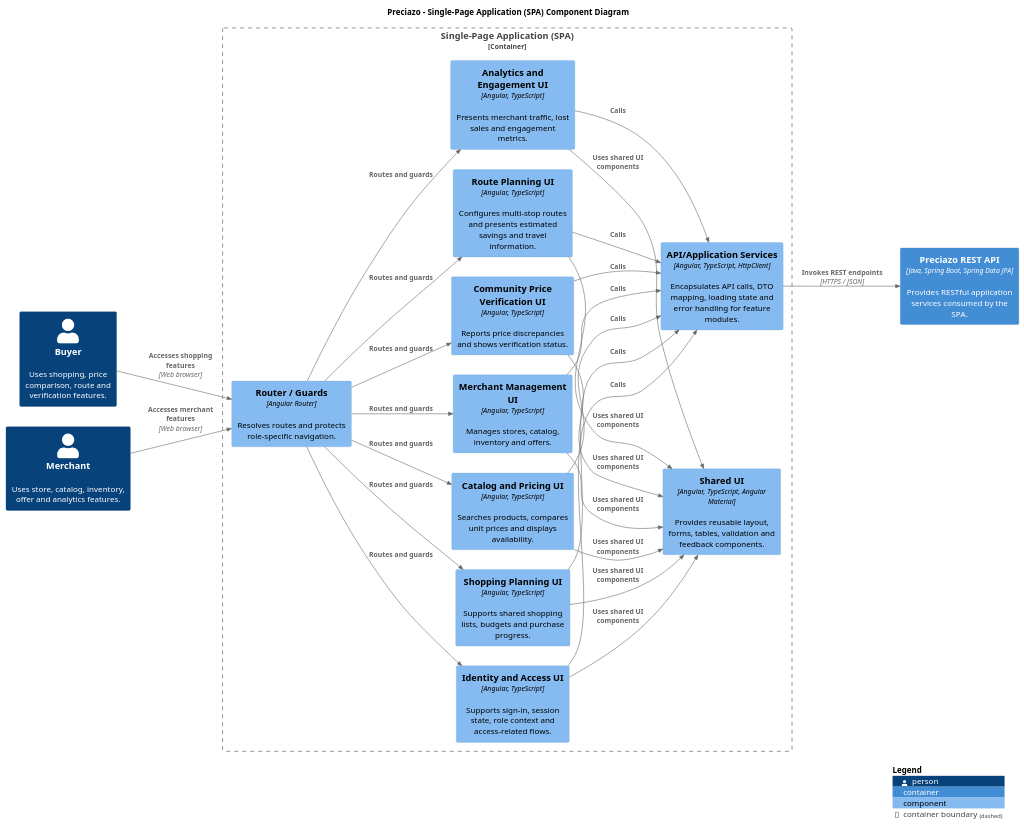
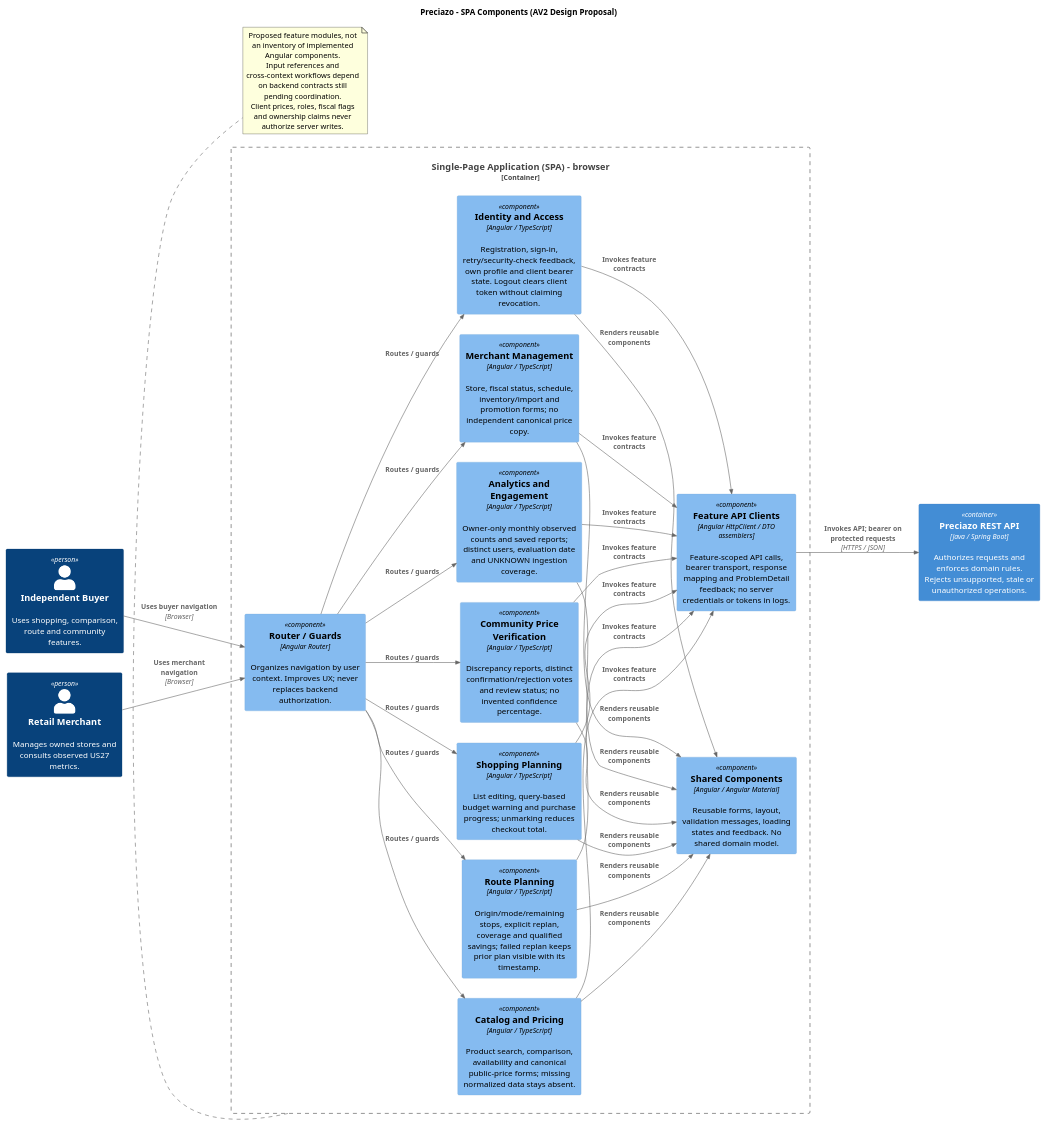
Before and after one commit to Open-Source-1ASI0729-2620-7750/preciazo-report: the diagram in docs/architecture/c4-components-frontend.puml, drawn with PlantUML. The commit also changed 8 other files, not shown here.

Commit message:
docs(architecture): align C4 views with AV2 context designs

```diff
--- a/docs/architecture/c4-components-frontend.puml
+++ b/docs/architecture/c4-components-frontend.puml
@@ -1,53 +1,49 @@
 @startuml Preciazo_C4_Components_Frontend
-
 !include <C4/C4_Component>
-
 LAYOUT_LEFT_RIGHT()
-
-title Preciazo - Single-Page Application (SPA) Component Diagram
-
-Person(buyer, "Buyer", "Uses shopping, price comparison, route and verification features.")
-Person(merchantPerson, "Merchant", "Uses store, catalog, inventory, offer and analytics features.")
-Container(api, "Preciazo REST API", "Java, Spring Boot, Spring Data JPA", "Provides RESTful application services consumed by the SPA.")
-
-Container_Boundary(web, "Single-Page Application (SPA)") {
-    Component(router, "Router / Guards", "Angular Router", "Resolves routes and protects role-specific navigation.")
-    Component(shared, "Shared UI", "Angular, TypeScript, Angular Material", "Provides reusable layout, forms, tables, validation and feedback components.")
-    Component(identity, "Identity and Access UI", "Angular, TypeScript", "Supports sign-in, session state, role context and access-related flows.")
-    Component(shopping, "Shopping Planning UI", "Angular, TypeScript", "Supports shared shopping lists, budgets and purchase progress.")
-    Component(catalog, "Catalog and Pricing UI", "Angular, TypeScript", "Searches products, compares unit prices and displays availability.")
-    Component(route, "Route Planning UI", "Angular, TypeScript", "Configures multi-stop routes and presents estimated savings and travel information.")
-    Component(merchantManagement, "Merchant Management UI", "Angular, TypeScript", "Manages stores, catalog, inventory and offers.")
-    Component(verification, "Community Price Verification UI", "Angular, TypeScript", "Reports price discrepancies and shows verification status.")
-    Component(analytics, "Analytics and Engagement UI", "Angular, TypeScript", "Presents merchant traffic, lost sales and engagement metrics.")
-    Component(apiServices, "API/Application Services", "Angular, TypeScript, HttpClient", "Encapsulates API calls, DTO mapping, loading state and error handling for feature modules.")
+title Preciazo - SPA Components (AV2 Design Proposal)
+Person(buyer, "Independent Buyer", "Uses shopping, comparison, route and community features.")
+Person(merchantPerson, "Retail Merchant", "Manages owned stores and consults observed US27 metrics.")
+Container(api, "Preciazo REST API", "Java / Spring Boot", "Authorizes requests and enforces domain rules. Rejects unsupported, stale or unauthorized operations.")
+Container_Boundary(web, "Single-Page Application (SPA) - browser") {
+ Component(router, "Router / Guards", "Angular Router", "Organizes navigation by user context. Improves UX; never replaces backend authorization.")
+ Component(shared, "Shared Components", "Angular / Angular Material", "Reusable forms, layout, validation messages, loading states and feedback. No shared domain model.")
+ Component(catalog, "Catalog and Pricing", "Angular / TypeScript", "Product search, comparison, availability and canonical public-price forms; missing normalized data stays absent.")
+ Component(route, "Route Planning", "Angular / TypeScript", "Origin/mode/remaining stops, explicit replan, coverage and qualified savings; failed replan keeps prior plan visible with its timestamp.")
+ Component(shopping, "Shopping Planning", "Angular / TypeScript", "List editing, query-based budget warning and purchase progress; unmarking reduces checkout total.")
+ Component(merchantManagement, "Merchant Management", "Angular / TypeScript", "Store, fiscal status, schedule, inventory/import and promotion forms; no independent canonical price copy.")
+ Component(verification, "Community Price Verification", "Angular / TypeScript", "Discrepancy reports, distinct confirmation/rejection votes and review status; no invented confidence percentage.")
+ Component(analytics, "Analytics and Engagement", "Angular / TypeScript", "Owner-only monthly observed counts and saved reports; distinct users, evaluation date and UNKNOWN ingestion coverage.")
+ Component(identity, "Identity and Access", "Angular / TypeScript", "Registration, sign-in, retry/security-check feedback, own profile and client bearer state. Logout clears client token without claiming revocation.")
+ Component(apiClients, "Feature API Clients", "Angular HttpClient / DTO assemblers", "Feature-scoped API calls, bearer transport, response mapping and ProblemDetail feedback; no server credentials or tokens in logs.")
 }
-
-Rel(buyer, router, "Accesses shopping features", "Web browser")
-Rel(merchantPerson, router, "Accesses merchant features", "Web browser")
-Rel(router, identity, "Routes and guards")
-Rel(router, shopping, "Routes and guards")
-Rel(router, catalog, "Routes and guards")
-Rel(router, route, "Routes and guards")
-Rel(router, merchantManagement, "Routes and guards")
-Rel(router, verification, "Routes and guards")
-Rel(router, analytics, "Routes and guards")
-Rel(identity, shared, "Uses shared UI components")
-Rel(shopping, shared, "Uses shared UI components")
-Rel(catalog, shared, "Uses shared UI components")
-Rel(route, shared, "Uses shared UI components")
-Rel(merchantManagement, shared, "Uses shared UI components")
-Rel(verification, shared, "Uses shared UI components")
-Rel(analytics, shared, "Uses shared UI components")
-Rel(identity, apiServices, "Calls")
-Rel(shopping, apiServices, "Calls")
-Rel(catalog, apiServices, "Calls")
-Rel(route, apiServices, "Calls")
-Rel(merchantManagement, apiServices, "Calls")
-Rel(verification, apiServices, "Calls")
-Rel(analytics, apiServices, "Calls")
-Rel(apiServices, api, "Invokes REST endpoints", "HTTPS / JSON")
-
-SHOW_LEGEND()
-
+Rel(buyer, router, "Uses buyer navigation", "Browser")
+Rel(merchantPerson, router, "Uses merchant navigation", "Browser")
+Rel(router, catalog, "Routes / guards")
+Rel(router, route, "Routes / guards")
+Rel(router, shopping, "Routes / guards")
+Rel(router, merchantManagement, "Routes / guards")
+Rel(router, verification, "Routes / guards")
+Rel(router, analytics, "Routes / guards")
+Rel(router, identity, "Routes / guards")
+Rel(catalog, shared, "Renders reusable components")
+Rel(route, shared, "Renders reusable components")
+Rel(shopping, shared, "Renders reusable components")
+Rel(merchantManagement, shared, "Renders reusable components")
+Rel(verification, shared, "Renders reusable components")
+Rel(analytics, shared, "Renders reusable components")
+Rel(identity, shared, "Renders reusable components")
+Rel(catalog, apiClients, "Invokes feature contracts")
+Rel(route, apiClients, "Invokes feature contracts")
+Rel(shopping, apiClients, "Invokes feature contracts")
+Rel(merchantManagement, apiClients, "Invokes feature contracts")
+Rel(verification, apiClients, "Invokes feature contracts")
+Rel(analytics, apiClients, "Invokes feature contracts")
+Rel(identity, apiClients, "Invokes feature contracts")
+Rel(apiClients, api, "Invokes API; bearer on protected requests", "HTTPS / JSON")
+note bottom of web
+ Proposed feature modules, not an inventory of implemented Angular components.
+ Input references and cross-context workflows depend on backend contracts still pending coordination.
+ Client prices, roles, fiscal flags and ownership claims never authorize server writes.
+end note
 @enduml
```
